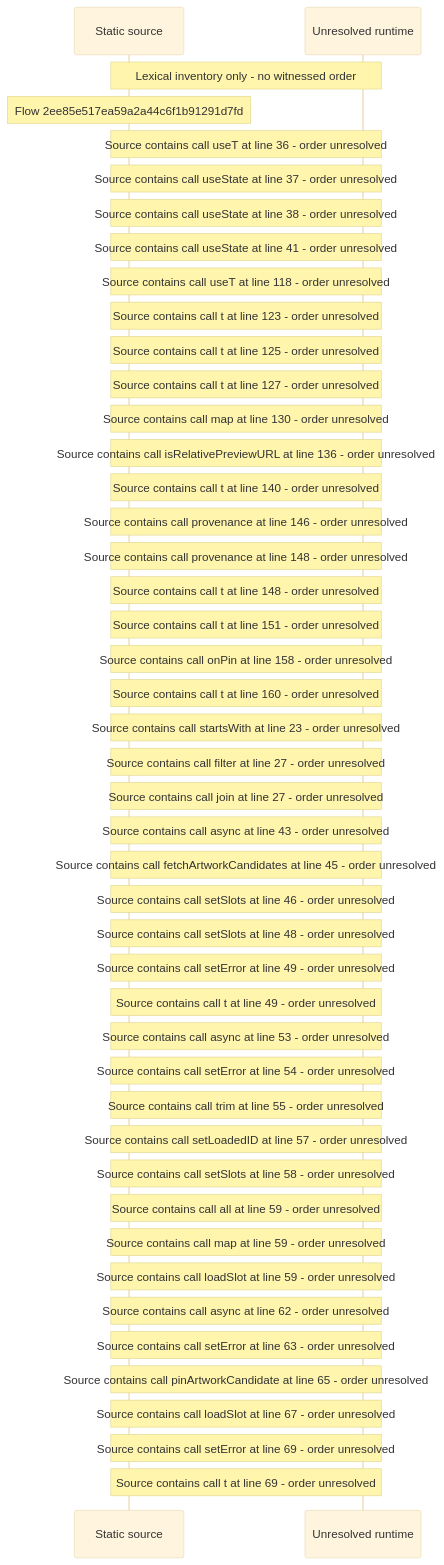
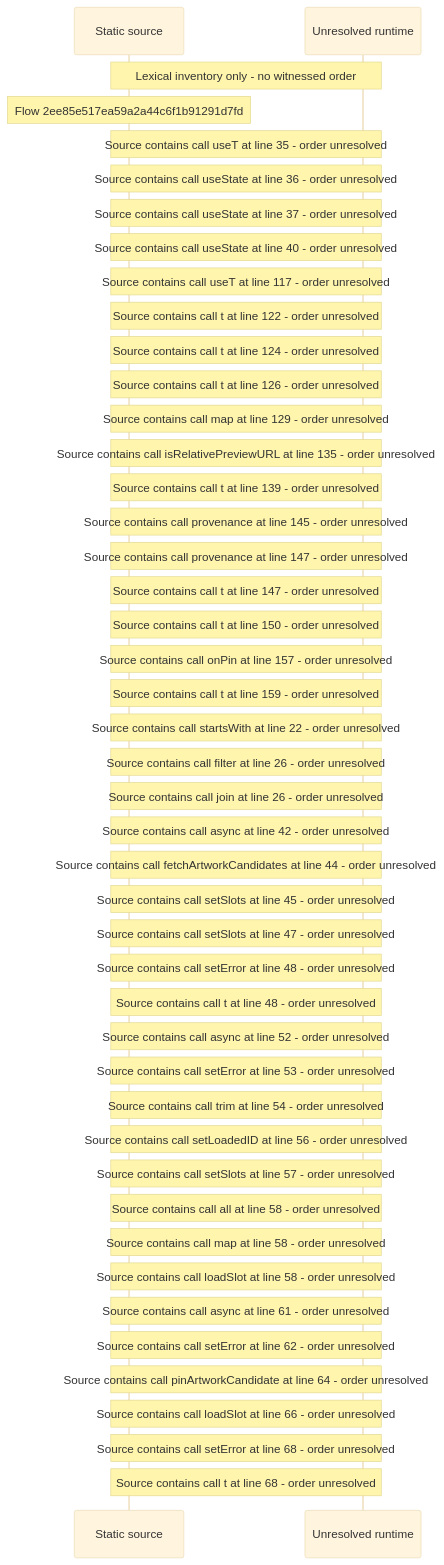
Before and after one commit to beamfall/core: the diagram in docs/web/flows/generated/2ee85e517ea59a2a44c6f1b91291d7fd/flow-diagram.md, drawn with Mermaid (base theme). The commit also changed other lines of this file and 715 other files, not shown here.

First line of the commit message:
Regenerate the web flow record on main after CORE-1117

````diff
--- a/docs/web/flows/generated/2ee85e517ea59a2a44c6f1b91291d7fd/flow-diagram.md
+++ b/docs/web/flows/generated/2ee85e517ea59a2a44c6f1b91291d7fd/flow-diagram.md
@@ -10,47 +10,47 @@
 ```mermaid
 sequenceDiagram
     participant S as Static source
     participant U as Unresolved runtime
     Note over S,U: Lexical inventory only - no witnessed order
     Note over S: Flow 2ee85e517ea59a2a44c6f1b91291d7fd
-    Note over S,U: Source contains call useT at line 36 - order unresolved
+    Note over S,U: Source contains call useT at line 35 - order unresolved
+    Note over S,U: Source contains call useState at line 36 - order unresolved
     Note over S,U: Source contains call useState at line 37 - order unresolved
-    Note over S,U: Source contains call useState at line 38 - order unresolved
-    Note over S,U: Source contains call useState at line 41 - order unresolved
-    Note over S,U: Source contains call useT at line 118 - order unresolved
-    Note over S,U: Source contains call t at line 123 - order unresolved
-    Note over S,U: Source contains call t at line 125 - order unresolved
-    Note over S,U: Source contains call t at line 127 - order unresolved
-    Note over S,U: Source contains call map at line 130 - order unresolved
-    Note over S,U: Source contains call isRelativePreviewURL at line 136 - order unresolved
-    Note over S,U: Source contains call t at line 140 - order unresolved
-    Note over S,U: Source contains call provenance at line 146 - order unresolved
-    Note over S,U: Source contains call provenance at line 148 - order unresolved
-    Note over S,U: Source contains call t at line 148 - order unresolved
-    Note over S,U: Source contains call t at line 151 - order unresolved
-    Note over S,U: Source contains call onPin at line 158 - order unresolved
-    Note over S,U: Source contains call t at line 160 - order unresolved
-    Note over S,U: Source contains call startsWith at line 23 - order unresolved
-    Note over S,U: Source contains call filter at line 27 - order unresolved
-    Note over S,U: Source contains call join at line 27 - order unresolved
-    Note over S,U: Source contains call async at line 43 - order unresolved
-    Note over S,U: Source contains call fetchArtworkCandidates at line 45 - order unresolved
-    Note over S,U: Source contains call setSlots at line 46 - order unresolved
-    Note over S,U: Source contains call setSlots at line 48 - order unresolved
-    Note over S,U: Source contains call setError at line 49 - order unresolved
-    Note over S,U: Source contains call t at line 49 - order unresolved
-    Note over S,U: Source contains call async at line 53 - order unresolved
-    Note over S,U: Source contains call setError at line 54 - order unresolved
-    Note over S,U: Source contains call trim at line 55 - order unresolved
-    Note over S,U: Source contains call setLoadedID at line 57 - order unresolved
-    Note over S,U: Source contains call setSlots at line 58 - order unresolved
-    Note over S,U: Source contains call all at line 59 - order unresolved
-    Note over S,U: Source contains call map at line 59 - order unresolved
-    Note over S,U: Source contains call loadSlot at line 59 - order unresolved
-    Note over S,U: Source contains call async at line 62 - order unresolved
-    Note over S,U: Source contains call setError at line 63 - order unresolved
-    Note over S,U: Source contains call pinArtworkCandidate at line 65 - order unresolved
-    Note over S,U: Source contains call loadSlot at line 67 - order unresolved
-    Note over S,U: Source contains call setError at line 69 - order unresolved
-    Note over S,U: Source contains call t at line 69 - order unresolved
+    Note over S,U: Source contains call useState at line 40 - order unresolved
+    Note over S,U: Source contains call useT at line 117 - order unresolved
+    Note over S,U: Source contains call t at line 122 - order unresolved
+    Note over S,U: Source contains call t at line 124 - order unresolved
+    Note over S,U: Source contains call t at line 126 - order unresolved
+    Note over S,U: Source contains call map at line 129 - order unresolved
+    Note over S,U: Source contains call isRelativePreviewURL at line 135 - order unresolved
+    Note over S,U: Source contains call t at line 139 - order unresolved
+    Note over S,U: Source contains call provenance at line 145 - order unresolved
+    Note over S,U: Source contains call provenance at line 147 - order unresolved
+    Note over S,U: Source contains call t at line 147 - order unresolved
+    Note over S,U: Source contains call t at line 150 - order unresolved
+    Note over S,U: Source contains call onPin at line 157 - order unresolved
+    Note over S,U: Source contains call t at line 159 - order unresolved
+    Note over S,U: Source contains call startsWith at line 22 - order unresolved
+    Note over S,U: Source contains call filter at line 26 - order unresolved
+    Note over S,U: Source contains call join at line 26 - order unresolved
+    Note over S,U: Source contains call async at line 42 - order unresolved
+    Note over S,U: Source contains call fetchArtworkCandidates at line 44 - order unresolved
+    Note over S,U: Source contains call setSlots at line 45 - order unresolved
+    Note over S,U: Source contains call setSlots at line 47 - order unresolved
+    Note over S,U: Source contains call setError at line 48 - order unresolved
+    Note over S,U: Source contains call t at line 48 - order unresolved
+    Note over S,U: Source contains call async at line 52 - order unresolved
+    Note over S,U: Source contains call setError at line 53 - order unresolved
+    Note over S,U: Source contains call trim at line 54 - order unresolved
+    Note over S,U: Source contains call setLoadedID at line 56 - order unresolved
+    Note over S,U: Source contains call setSlots at line 57 - order unresolved
+    Note over S,U: Source contains call all at line 58 - order unresolved
+    Note over S,U: Source contains call map at line 58 - order unresolved
+    Note over S,U: Source contains call loadSlot at line 58 - order unresolved
+    Note over S,U: Source contains call async at line 61 - order unresolved
+    Note over S,U: Source contains call setError at line 62 - order unresolved
+    Note over S,U: Source contains call pinArtworkCandidate at line 64 - order unresolved
+    Note over S,U: Source contains call loadSlot at line 66 - order unresolved
+    Note over S,U: Source contains call setError at line 68 - order unresolved
+    Note over S,U: Source contains call t at line 68 - order unresolved
 ```
````
